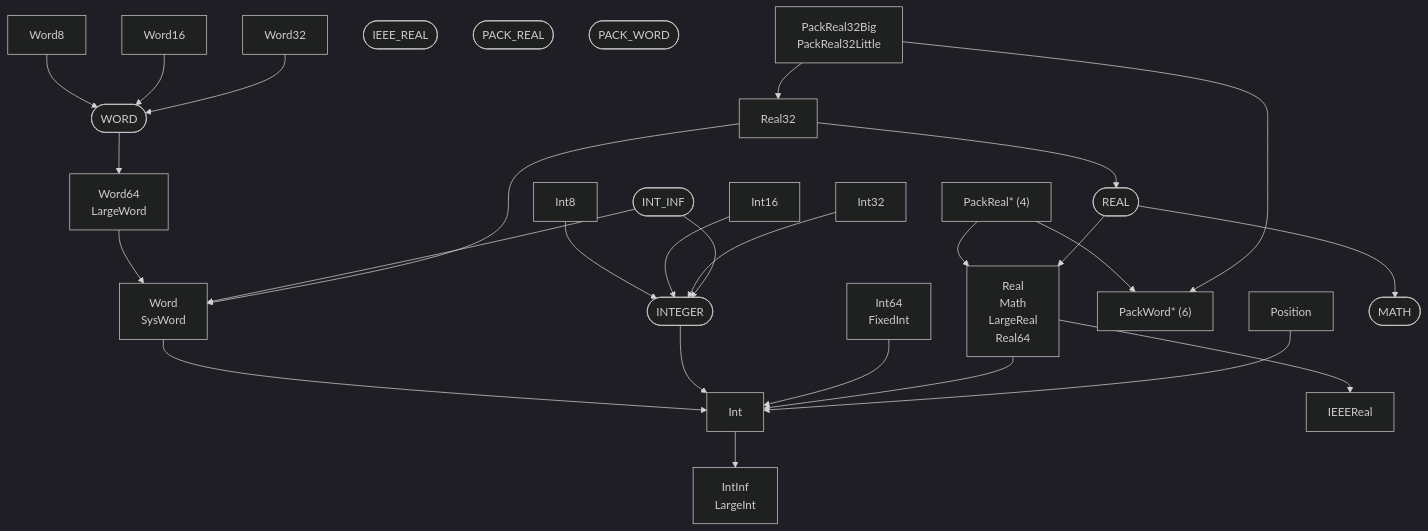
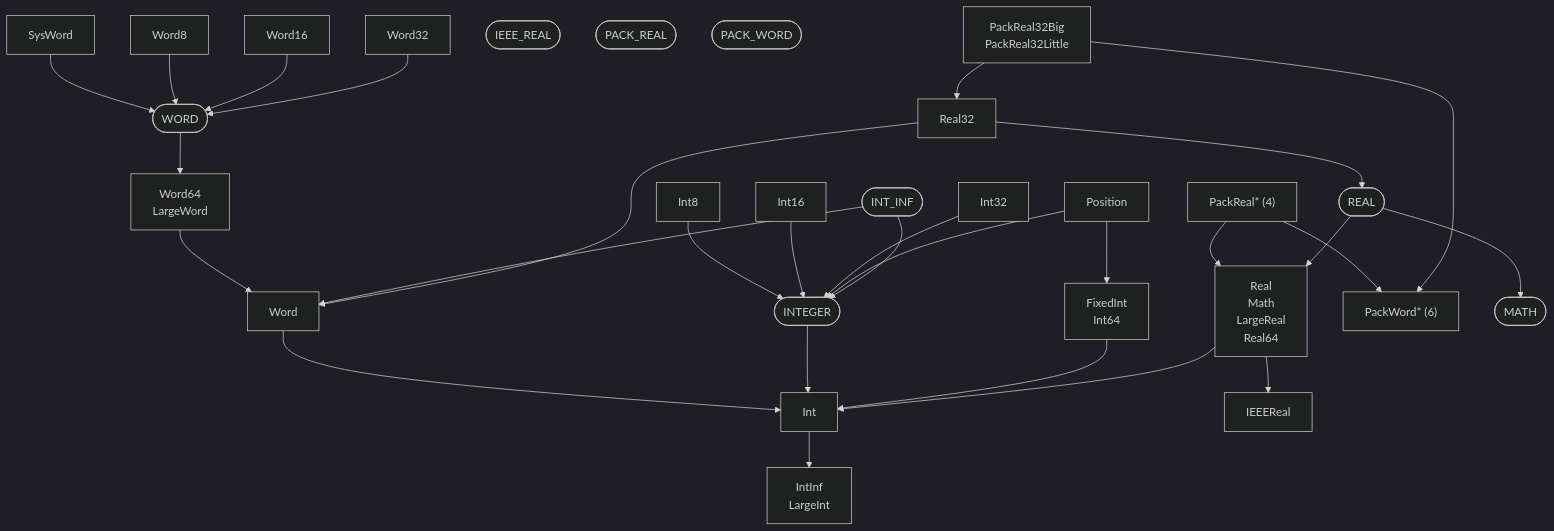
The fifth of 9 diagrams in docs/generated/basis/depends.md (ruudkoot/rune), drawn with Mermaid (dark theme) before and after one commit. The commit also changed other lines of this file and 76 other files, not shown here.

````diff
--- a/docs/generated/basis/depends.md
+++ b/docs/generated/basis/depends.md
@@ -123,54 +123,57 @@
 ```mermaid
 flowchart TD
   n6["IntInf<br>LargeInt"]
   n7["Int"]
-  n8["Word<br>SysWord"]
+  n8["Word"]
   n9["Word64<br>LargeWord"]
   n10(["WORD"])
-  n11(["INTEGER"])
-  n12["Int8"]
-  n13["Int16"]
-  n14["Int32"]
-  n15["Int64<br>FixedInt"]
-  n16["Word8"]
-  n17["Word16"]
-  n18["Word32"]
-  n21["IEEEReal"]
-  n22["Real<br>Math<br>LargeReal<br>Real64"]
-  n34["PackWord* (6)"]
-  n35["PackReal* (4)"]
-  n59["Position"]
-  n108(["IEEE_REAL"])
-  n110(["INT_INF"])
-  n114(["MATH"])
-  n123(["PACK_REAL"])
-  n124(["PACK_WORD"])
-  n139(["REAL"])
-  n150["Real32"]
-  n151["PackReal32Big<br>PackReal32Little"]
+  n11["SysWord"]
+  n12(["INTEGER"])
+  n13["Int8"]
+  n14["Int16"]
+  n15["Int32"]
+  n16["FixedInt<br>Int64"]
+  n17["Word8"]
+  n18["Word16"]
+  n19["Word32"]
+  n22["IEEEReal"]
+  n23["Real<br>Math<br>LargeReal<br>Real64"]
+  n35["PackWord* (6)"]
+  n36["PackReal* (4)"]
+  n60["Position"]
+  n99(["IEEE_REAL"])
+  n101(["INT_INF"])
+  n105(["MATH"])
+  n114(["PACK_REAL"])
+  n115(["PACK_WORD"])
+  n130(["REAL"])
+  n141["Real32"]
+  n142["PackReal32Big<br>PackReal32Little"]
   n7 --> n6
   n8 --> n7
   n9 --> n8
   n10 --> n9
-  n11 --> n7
-  n12 --> n11
-  n13 --> n11
-  n14 --> n11
-  n15 --> n7
-  n16 --> n10
+  n11 --> n10
+  n12 --> n7
+  n13 --> n12
+  n14 --> n12
+  n15 --> n12
+  n16 --> n7
   n17 --> n10
   n18 --> n10
-  n22 --> n21
-  n22 --> n7
-  n35 --> n22
-  n35 --> n34
-  n59 --> n7
-  n110 --> n11
-  n110 --> n8
-  n139 --> n22
-  n139 --> n114
-  n150 --> n139
-  n150 --> n8
-  n151 --> n150
-  n151 --> n34
+  n19 --> n10
+  n23 --> n22
+  n23 --> n7
+  n36 --> n23
+  n36 --> n35
+  n60 --> n12
+  n60 --> n16
+  n101 --> n12
+  n101 --> n8
+  n130 --> n23
+  n130 --> n105
+  n141 --> n130
+  n141 --> n8
+  n142 --> n141
+  n142 --> n35
 ```
````
